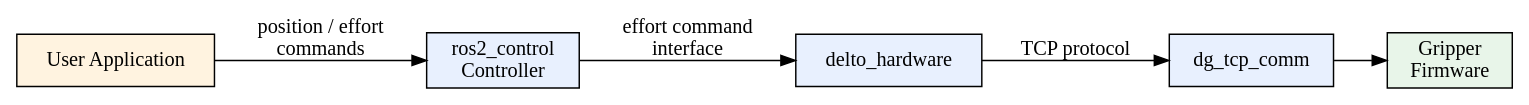
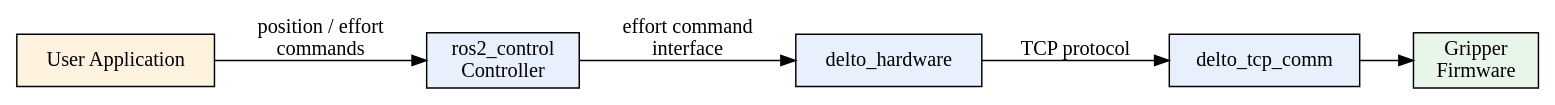
Before and after one commit to tesollodelto/tesollo_ros2: the first of 2 diagrams in doc/source/architecture/overview.md, drawn with Graphviz. The commit also changed other lines of this file and 14 other files, not shown here.

````diff
--- a/doc/source/architecture/overview.md
+++ b/doc/source/architecture/overview.md
@@ -24,17 +35,17 @@
 ```{graphviz}
 digraph A {
     rankdir=LR;
     node [shape=box, style=filled, fillcolor="#E8F0FE"];
 
     User [label="User Application", fillcolor="#FFF3E0"];
     RC [label="ros2_control\nController"];
     HW [label="delto_hardware"];
-    TCP [label="dg_tcp_comm"];
+    TCP [label="delto_tcp_comm"];
     FW [label="Gripper\nFirmware", fillcolor="#E8F5E9"];
 
     User -> RC [label="position / effort\ncommands"];
     RC -> HW [label="effort command\ninterface"];
     HW -> TCP [label="TCP protocol"];
     TCP -> FW;
 }
 ```
````
